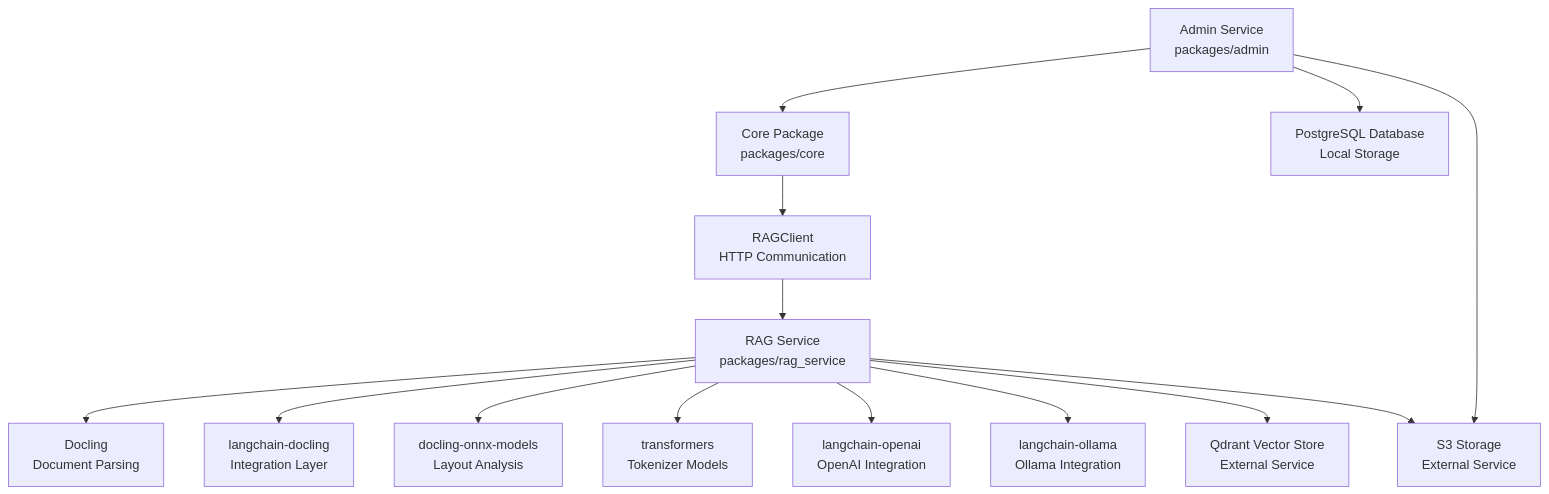
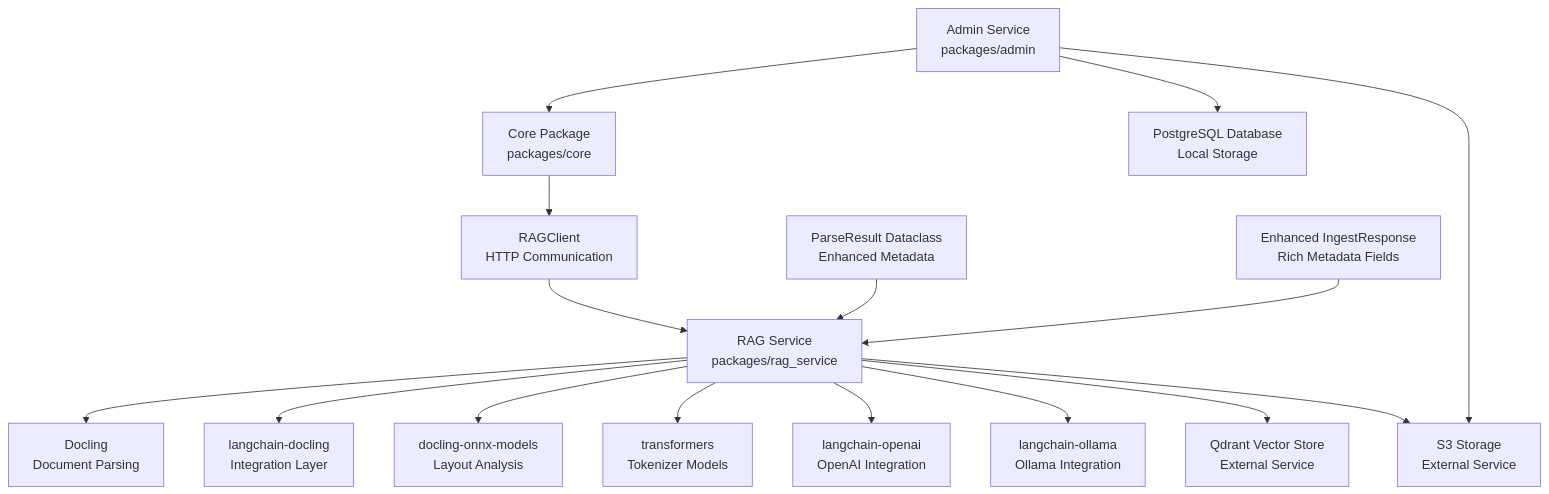
Before and after one commit to ognelis/cafetera_hr_bot: diagram 13 of 13 in .qoder/repowiki/en/content/RAG Integration/RAG Parser Enhancement.md, drawn with Mermaid. The commit also changed other lines of this file and 9 other files, not shown here.

````diff
--- a/.qoder/repowiki/en/content/RAG Integration/RAG Parser Enhancement.md
+++ b/.qoder/repowiki/en/content/RAG Integration/RAG Parser Enhancement.md
@@ -501,16 +604,18 @@
 ```mermaid
 graph TB
 RAG_SERVICE["RAG Service<br/>packages/rag_service"] --> DOCLING["Docling<br/>Document Parsing"]
 RAG_SERVICE --> LANGCHAIN_DOCLING["langchain-docling<br/>Integration Layer"]
 RAG_SERVICE --> ONNX_MODELS["docling-onnx-models<br/>Layout Analysis"]
 RAG_SERVICE --> TRANSFORMERS["transformers<br/>Tokenizer Models"]
 RAG_SERVICE --> LANGCHAIN_OPENAI["langchain-openai<br/>OpenAI Integration"]
 RAG_SERVICE --> LANGCHAIN_OLLAMA["langchain-ollama<br/>Ollama Integration"]
 RAG_SERVICE --> QDRANT["Qdrant Vector Store<br/>External Service"]
 RAG_SERVICE --> S3["S3 Storage<br/>External Service"]
 ADMIN["Admin Service<br/>packages/admin"] --> CORE["Core Package<br/>packages/core"]
 CORE --> RAG_CLIENT["RAGClient<br/>HTTP Communication"]
 RAG_CLIENT --> RAG_SERVICE
 ADMIN --> DB["PostgreSQL Database<br/>Local Storage"]
 ADMIN --> S3
+PARSE_RESULT["ParseResult Dataclass<br/>Enhanced Metadata"] --> RAG_SERVICE
+INGEST_RESPONSE["Enhanced IngestResponse<br/>Rich Metadata Fields"] --> RAG_SERVICE
 ```
````
